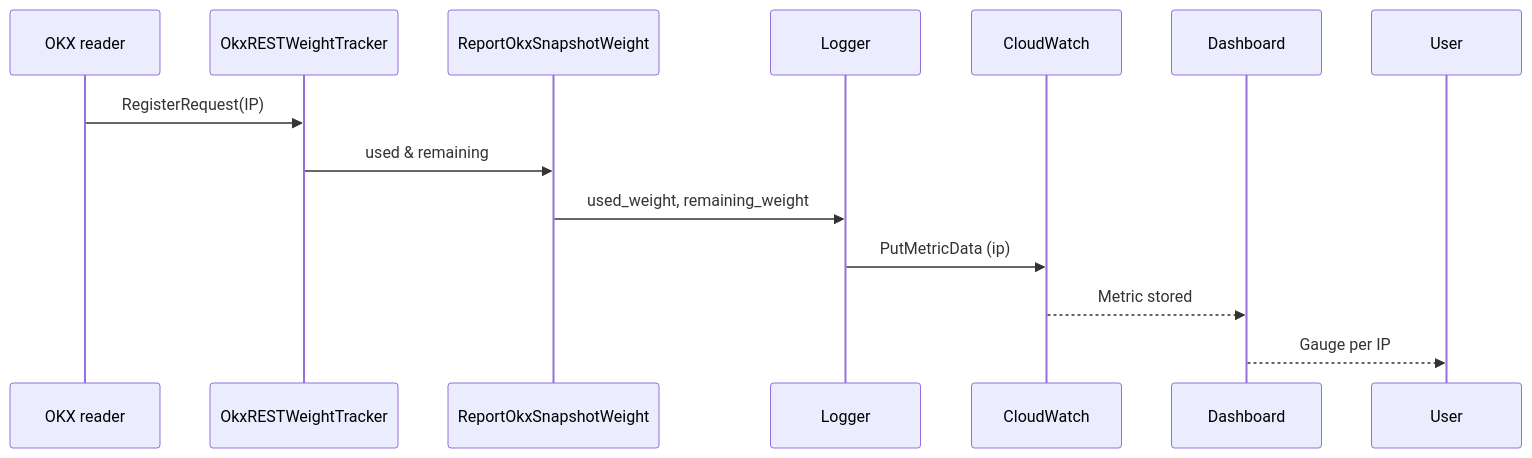
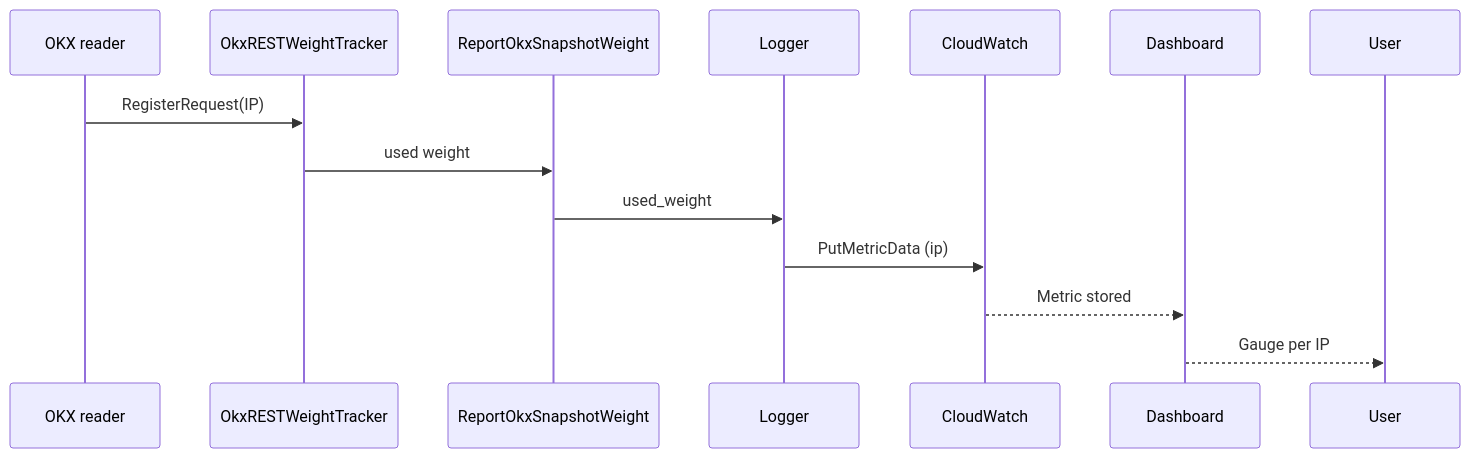
The fifth of 5 diagrams in internal/metrics/rate/rate.md (rahjooh/CryptoTrade), drawn with Mermaid before and after one commit. The commit also changed other lines of this file and 8 other files, not shown here.

Commit message:
Simplify rate limit metrics to used weight

````diff
--- a/internal/metrics/rate/rate.md
+++ b/internal/metrics/rate/rate.md
@@ -106,16 +106,16 @@
 ```mermaid
 sequenceDiagram
     participant R as OKX reader
     participant T as OkxRESTWeightTracker
     participant Rate as ReportOkxSnapshotWeight
     participant L as Logger
     participant CW as CloudWatch
     participant D as Dashboard
 
     R->>T: RegisterRequest(IP)
-    T->>Rate: used & remaining
-    Rate->>L: used_weight, remaining_weight
+    T->>Rate: used weight
+    Rate->>L: used_weight
     L->>CW: PutMetricData (ip)
     CW-->>D: Metric stored
     D-->>User: Gauge per IP
 ```
````
